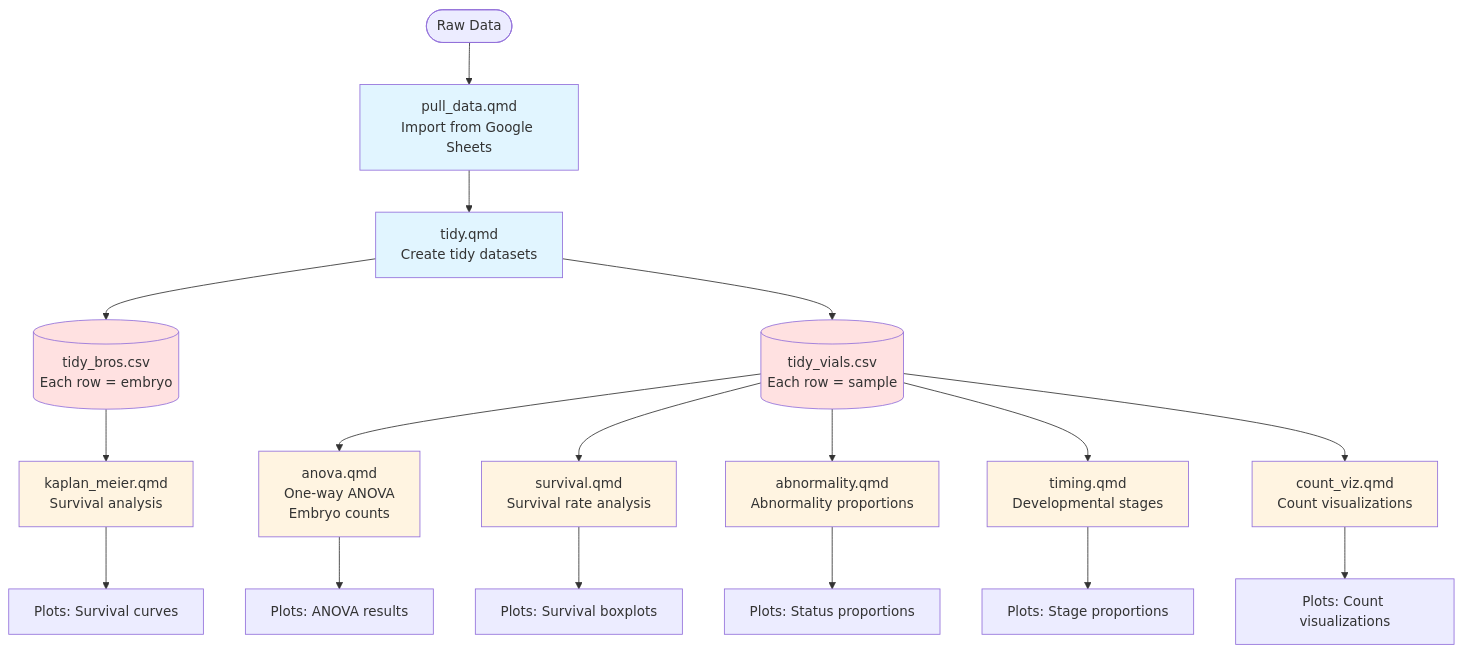
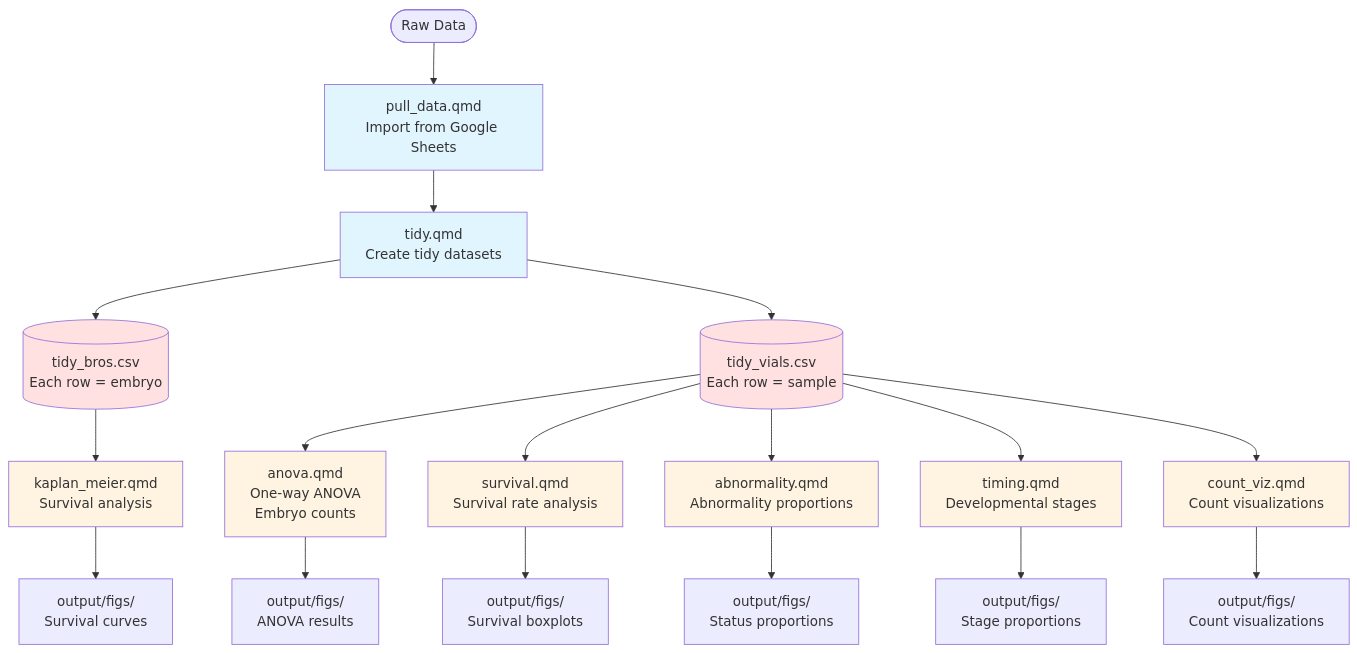
One commit to sarahtanja/coral-embryo-scope changed the second of 2 diagrams in README.md. Above: the diagram before and after it, drawn with Mermaid. The commit also changed other lines of this file, not shown here.

````diff
--- a/README.md
+++ b/README.md
@@ -49,34 +57,34 @@
 ```mermaid
 flowchart TB
     Start([Raw Data]) --> PullData[pull_data.qmd<br/>Import from Google Sheets]
     PullData --> Tidy[tidy.qmd<br/>Create tidy datasets]
     
     Tidy --> TidyBros[(tidy_bros.csv<br/>Each row = embryo)]
     Tidy --> TidyVials[(tidy_vials.csv<br/>Each row = sample)]
     
     TidyVials --> Anova[anova.qmd<br/>One-way ANOVA<br/>Embryo counts]
     TidyVials --> Survival[survival.qmd<br/>Survival rate analysis]
     TidyVials --> Abnormality[abnormality.qmd<br/>Abnormality proportions]
     TidyVials --> Timing[timing.qmd<br/>Developmental stages]
     TidyVials --> CountViz[count_viz.qmd<br/>Count visualizations]
     
     TidyBros --> KaplanMeier[kaplan_meier.qmd<br/>Survival analysis]
     
-    Anova --> Plots1[Plots: ANOVA results]
-    Survival --> Plots2[Plots: Survival boxplots]
-    Abnormality --> Plots3[Plots: Status proportions]
-    Timing --> Plots4[Plots: Stage proportions]
-    CountViz --> Plots5[Plots: Count visualizations]
-    KaplanMeier --> Plots6[Plots: Survival curves]
+    Anova --> Plots1[output/figs/<br/>ANOVA results]
+    Survival --> Plots2[output/figs/<br/>Survival boxplots]
+    Abnormality --> Plots3[output/figs/<br/>Status proportions]
+    Timing --> Plots4[output/figs/<br/>Stage proportions]
+    CountViz --> Plots5[output/figs/<br/>Count visualizations]
+    KaplanMeier --> Plots6[output/figs/<br/>Survival curves]
     
     style PullData fill:#e1f5ff
     style Tidy fill:#e1f5ff
     style TidyBros fill:#ffe1e1
     style TidyVials fill:#ffe1e1
     style Anova fill:#fff4e1
     style Survival fill:#fff4e1
     style Abnormality fill:#fff4e1
     style Timing fill:#fff4e1
     style CountViz fill:#fff4e1
     style KaplanMeier fill:#fff4e1
 ```
````
